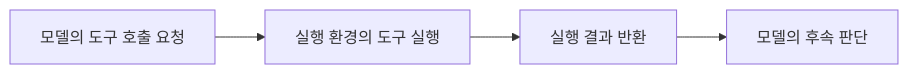
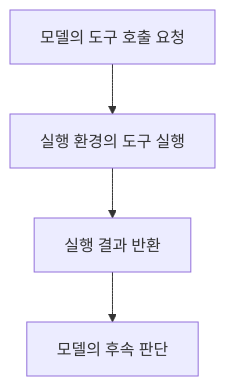
The diagram in chirpy/_posts/2026-10-24-ai-usage-core-concepts.md (khs220507/khs220507.github.io), drawn with Mermaid before and after one commit. The commit also changed 5 other files, not shown here.

Commit message:
Improve mobile diagram readability and preserve cover proportions

````diff
--- a/chirpy/_posts/2026-10-24-ai-usage-core-concepts.md
+++ b/chirpy/_posts/2026-10-24-ai-usage-core-concepts.md
@@ -60,6 +60,6 @@
 ```mermaid
-flowchart LR
+flowchart TD
     A[모델의 도구 호출 요청] --> B[실행 환경의 도구 실행]
     B --> C[실행 결과 반환]
     C --> D[모델의 후속 판단]
 ```
````
